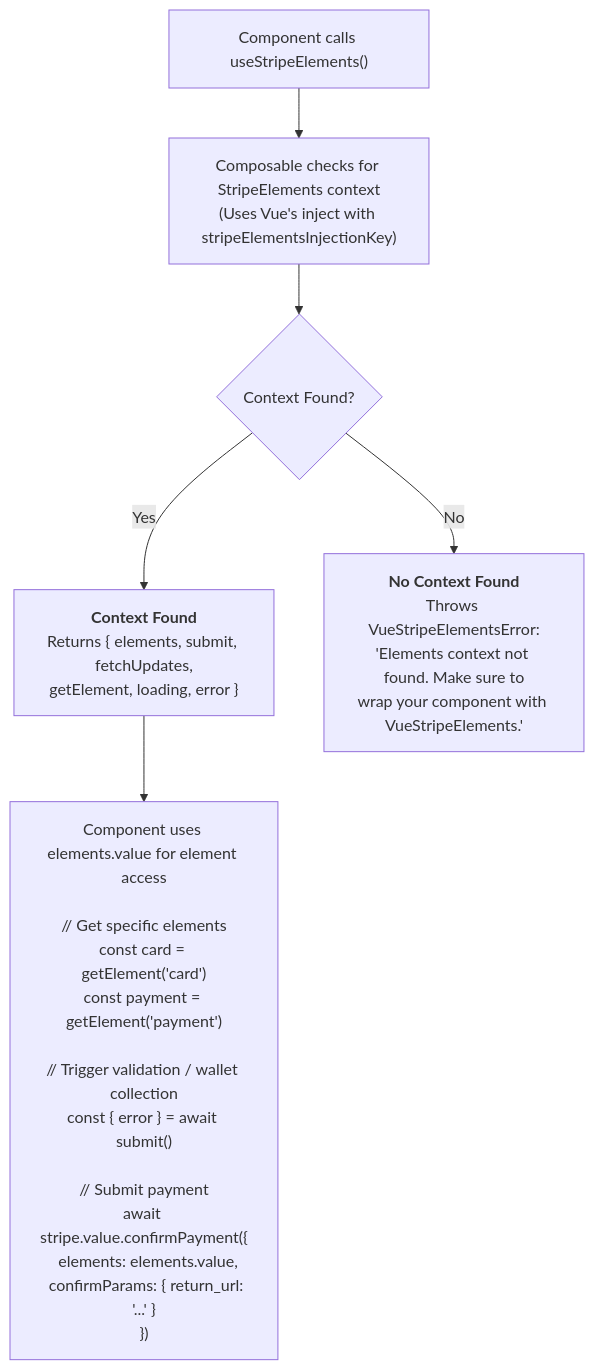
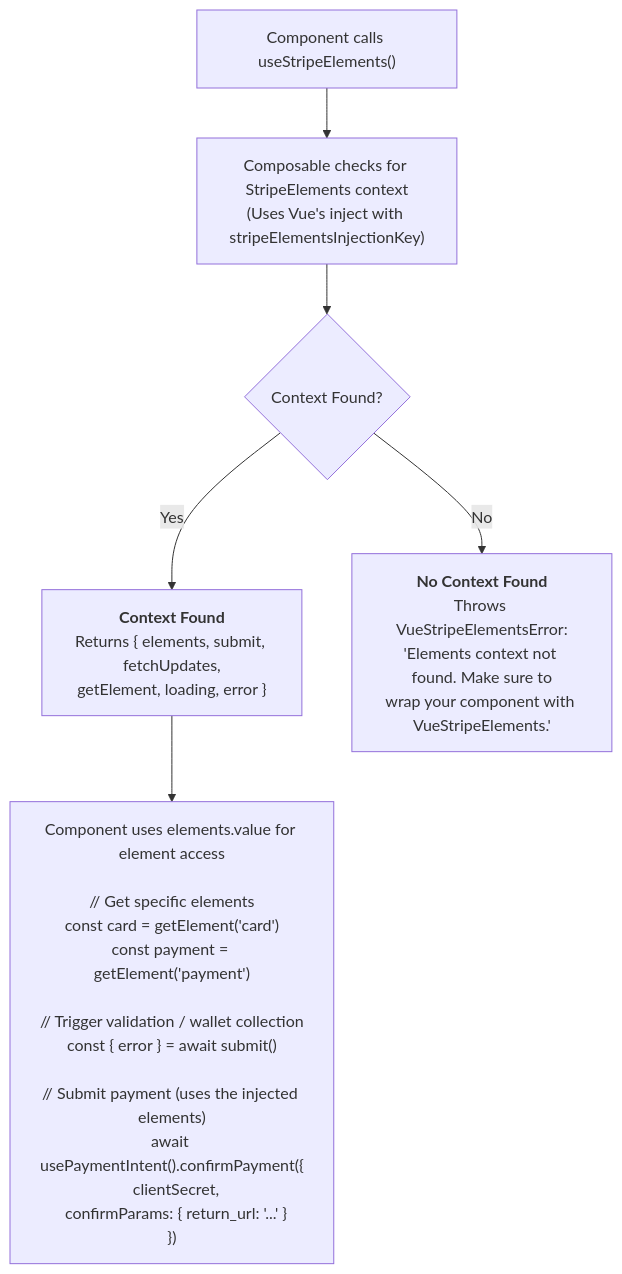
Before and after one commit to vue-stripe/vue-stripe: the diagram in apps/docs/api/composables/use-stripe-elements.md, drawn with Mermaid. The commit also changed other lines of this file and 24 other files, not shown here.

````diff
--- a/apps/docs/api/composables/use-stripe-elements.md
+++ b/apps/docs/api/composables/use-stripe-elements.md
@@ -20,8 +20,8 @@
 ```mermaid
 flowchart TD
     A["Component calls useStripeElements()"] --> B["Composable checks for StripeElements context<br/>(Uses Vue's inject with stripeElementsInjectionKey)"]
     B --> C{Context Found?}
     C -->|Yes| D["<b>Context Found</b><br/>Returns { elements, submit, fetchUpdates,<br/>getElement, loading, error }"]
     C -->|No| E["<b>No Context Found</b><br/>Throws VueStripeElementsError:<br/>'Elements context not found. Make sure to<br/>wrap your component with VueStripeElements.'"]
-    D --> F["Component uses elements.value for element access<br/><br/>// Get specific elements<br/>const card = getElement('card')<br/>const payment = getElement('payment')<br/><br/>// Trigger validation / wallet collection<br/>const { error } = await submit()<br/><br/>// Submit payment<br/>await stripe.value.confirmPayment({<br/>  elements: elements.value,<br/>  confirmParams: { return_url: '...' }<br/>})"]
+    D --> F["Component uses elements.value for element access<br/><br/>// Get specific elements<br/>const card = getElement('card')<br/>const payment = getElement('payment')<br/><br/>// Trigger validation / wallet collection<br/>const { error } = await submit()<br/><br/>// Submit payment (uses the injected elements)<br/>await usePaymentIntent().confirmPayment({<br/>  clientSecret,<br/>  confirmParams: { return_url: '...' }<br/>})"]
 ```
````
